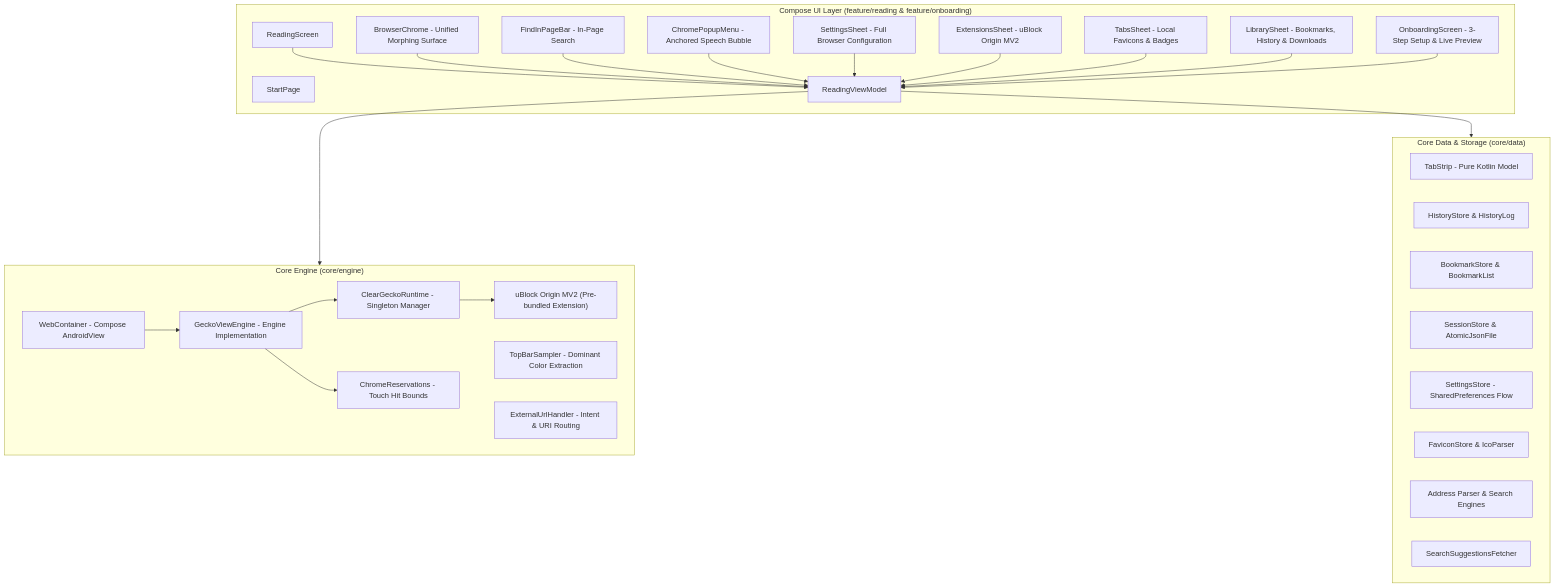
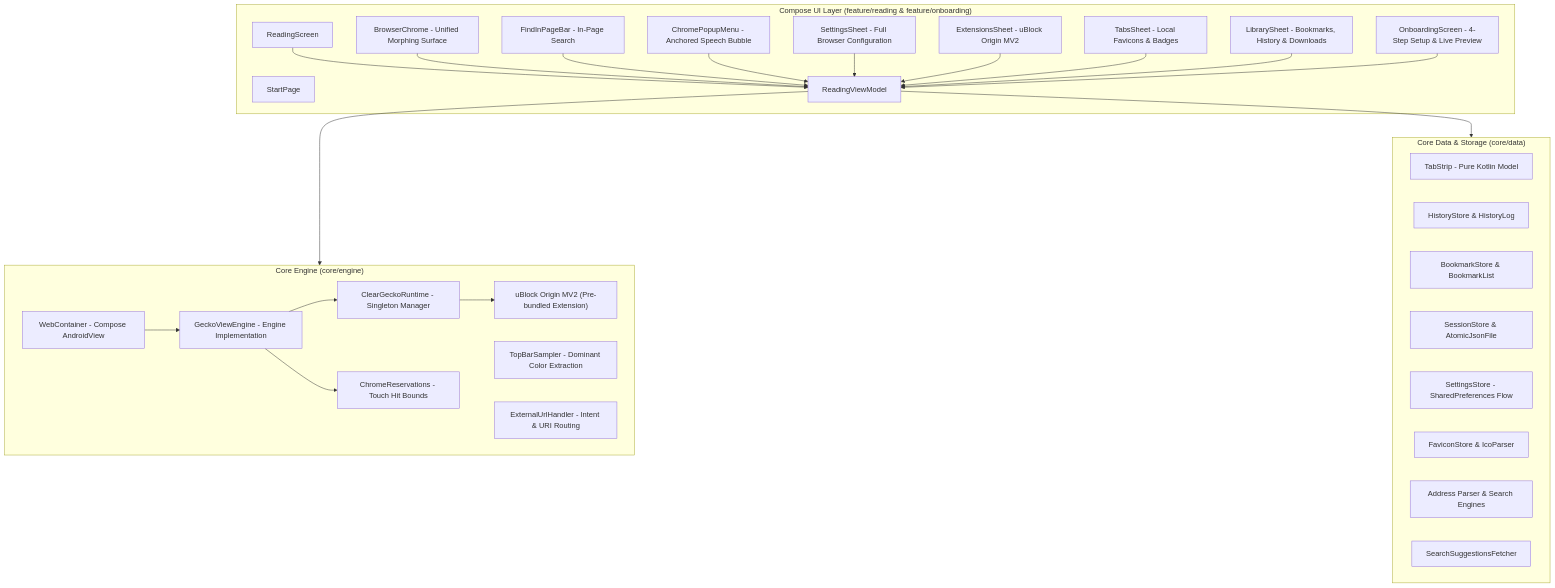
Before and after one commit to vylt-gh/clear-browser: the diagram in docs/ARCHITECTURE.md, drawn with Mermaid. The commit also changed other lines of this file and 3 other files, not shown here.

Commit message:
feat(onboarding): add app permissions setup step

````diff
--- a/docs/ARCHITECTURE.md
+++ b/docs/ARCHITECTURE.md
@@ -14,53 +14,53 @@
 ```mermaid
 flowchart TD
     subgraph UI ["Compose UI Layer (feature/reading & feature/onboarding)"]
         RS[ReadingScreen]
-        OBS[OnboardingScreen - 3-Step Setup & Live Preview]
+        OBS[OnboardingScreen - 4-Step Setup & Live Preview]
         BC[BrowserChrome - Unified Morphing Surface]
         FIPB[FindInPageBar - In-Page Search]
         CPM[ChromePopupMenu - Anchored Speech Bubble]
         SS[SettingsSheet - Full Browser Configuration]
         ES[ExtensionsSheet - uBlock Origin MV2]
         TS[TabsSheet - Local Favicons & Badges]
         LS[LibrarySheet - Bookmarks, History & Downloads]
         SP[StartPage]
         RVM[ReadingViewModel]
     end
 
     subgraph CoreEngine ["Core Engine (core/engine)"]
         WC[WebContainer - Compose AndroidView]
         GVE[GeckoViewEngine - Engine Implementation]
         CGR[ClearGeckoRuntime - Singleton Manager]
         uBO["uBlock Origin MV2 (Pre-bundled Extension)"]
         TBS[TopBarSampler - Dominant Color Extraction]
         EUH[ExternalUrlHandler - Intent & URI Routing]
         CR[ChromeReservations - Touch Hit Bounds]
     end
 
     subgraph CoreData ["Core Data & Storage (core/data)"]
         TabStrip[TabStrip - Pure Kotlin Model]
         HistStore[HistoryStore & HistoryLog]
         BookStore[BookmarkStore & BookmarkList]
         SessStore[SessionStore & AtomicJsonFile]
         SettStore[SettingsStore - SharedPreferences Flow]
         FavStore[FaviconStore & IcoParser]
         Addr[Address Parser & Search Engines]
         Sugg[SearchSuggestionsFetcher]
     end
 
     RS --> RVM
     BC --> RVM
     FIPB --> RVM
     CPM --> RVM
     SS --> RVM
     ES --> RVM
     TS --> RVM
     LS --> RVM
     OBS --> RVM
     RVM --> CoreEngine
     RVM --> CoreData
     WC --> GVE
     GVE --> CGR
     CGR --> uBO
     GVE --> CR
 ```
````
